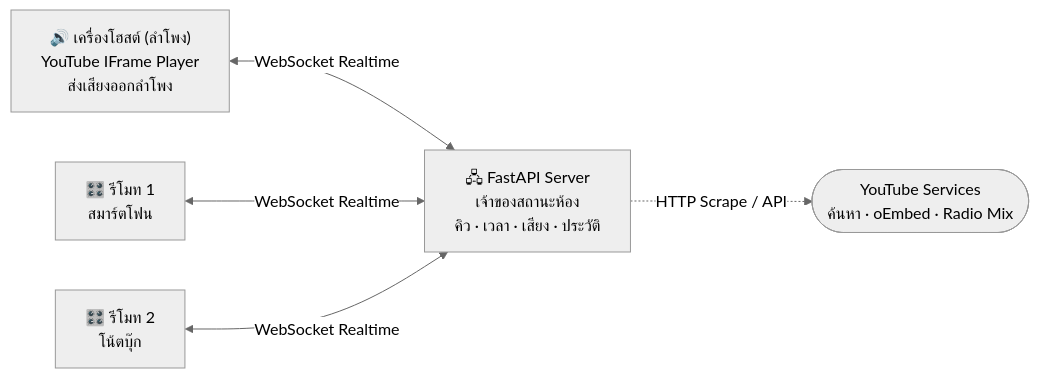
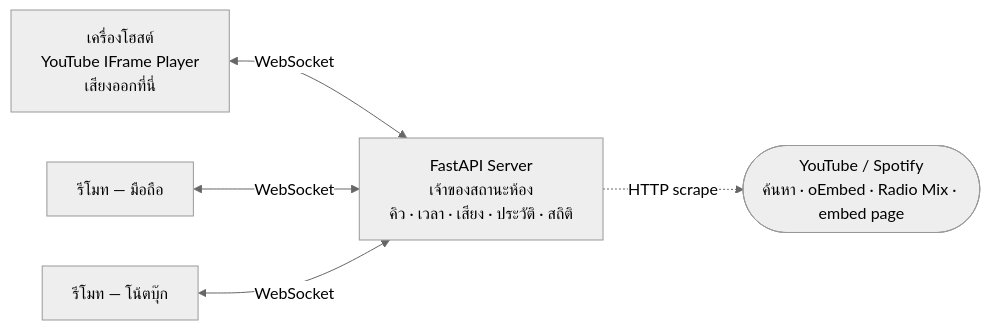
One commit to watggwp/Music-Hub changed the diagram in README.md. Above: the diagram before and after it, drawn with Mermaid (neutral theme). The commit also changed other lines of this file and 6 other files, not shown here.

````diff
--- a/README.md
+++ b/README.md
@@ -75,13 +74,13 @@
 ```mermaid
 flowchart LR
-    S["🖧 FastAPI Server<br/>เจ้าของสถานะห้อง<br/>คิว · เวลา · เสียง · ประวัติ"]
-    H["🔊 เครื่องโฮสต์ (ลำโพง)<br/>YouTube IFrame Player<br/>ส่งเสียงออกลำโพง"]
-    R1["🎛️ รีโมท 1<br/>สมาร์ตโฟน"]
-    R2["🎛️ รีโมท 2<br/>โน้ตบุ๊ก"]
-    Y(["YouTube Services<br/>ค้นหา · oEmbed · Radio Mix"])
+    S["FastAPI Server<br/>เจ้าของสถานะห้อง<br/>คิว · เวลา · เสียง · ประวัติ · สถิติ"]
+    H["เครื่องโฮสต์<br/>YouTube IFrame Player<br/>เสียงออกที่นี่"]
+    R1["รีโมท — มือถือ"]
+    R2["รีโมท — โน้ตบุ๊ก"]
+    Y(["YouTube / Spotify<br/>ค้นหา · oEmbed · Radio Mix · embed page"])
 
-    H <-->|WebSocket Realtime| S
-    R1 <-->|WebSocket Realtime| S
-    R2 <-->|WebSocket Realtime| S
-    S -.->|HTTP Scrape / API| Y
+    H <-->|WebSocket| S
+    R1 <-->|WebSocket| S
+    R2 <-->|WebSocket| S
+    S -.->|HTTP scrape| Y
 ```
````
